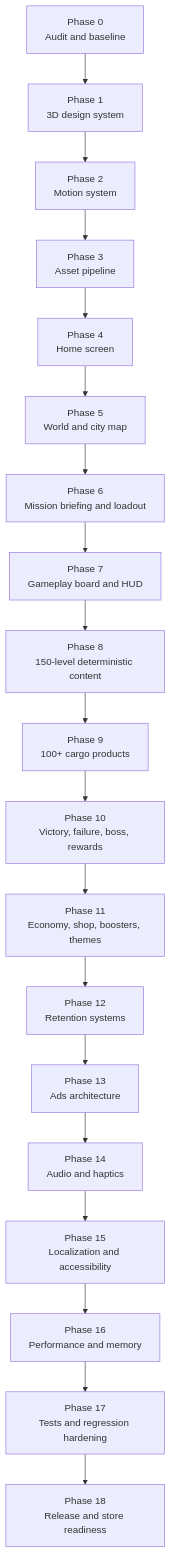
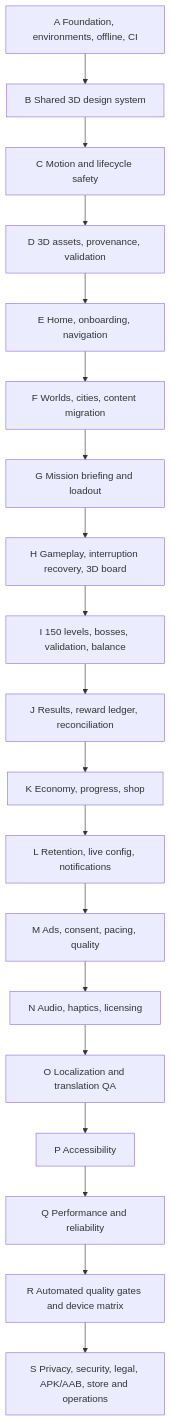
The diagram in docs/ROADMAP.md (walidatiyaai2025-gif/CARGame), drawn with Mermaid before and after one commit. The commit also changed other lines of this file, not shown here.

Commit message:
Extend roadmap for global release readiness

````diff
--- a/docs/ROADMAP.md
+++ b/docs/ROADMAP.md
@@ -9,21 +9,21 @@
 ```mermaid
 flowchart TD
-    A[Phase 0\nAudit and baseline] --> B[Phase 1\n3D design system]
-    B --> C[Phase 2\nMotion system]
-    C --> D[Phase 3\nAsset pipeline]
-    D --> E[Phase 4\nHome screen]
-    E --> F[Phase 5\nWorld and city map]
-    F --> G[Phase 6\nMission briefing and loadout]
-    G --> H[Phase 7\nGameplay board and HUD]
-    H --> I[Phase 8\n150-level deterministic content]
-    I --> J[Phase 9\n100+ cargo products]
-    J --> K[Phase 10\nVictory, failure, boss, rewards]
-    K --> L[Phase 11\nEconomy, shop, boosters, themes]
-    L --> M[Phase 12\nRetention systems]
-    M --> N[Phase 13\nAds architecture]
-    N --> O[Phase 14\nAudio and haptics]
-    O --> P[Phase 15\nLocalization and accessibility]
-    P --> Q[Phase 16\nPerformance and memory]
-    Q --> R[Phase 17\nTests and regression hardening]
-    R --> S[Phase 18\nRelease and store readiness]
+    A[A Foundation, environments, offline, CI] --> B[B Shared 3D design system]
+    B --> C[C Motion and lifecycle safety]
+    C --> D[D 3D assets, provenance, validation]
+    D --> E[E Home, onboarding, navigation]
+    E --> F[F Worlds, cities, content migration]
+    F --> G[G Mission briefing and loadout]
+    G --> H[H Gameplay, interruption recovery, 3D board]
+    H --> I[I 150 levels, bosses, validation, balance]
+    I --> J[J Results, reward ledger, reconciliation]
+    J --> K[K Economy, progress, shop]
+    K --> L[L Retention, live config, notifications]
+    L --> M[M Ads, consent, pacing, quality]
+    M --> N[N Audio, haptics, licensing]
+    N --> O[O Localization and translation QA]
+    O --> P[P Accessibility]
+    P --> Q[Q Performance and reliability]
+    Q --> R[R Automated quality gates and device matrix]
+    R --> S[S Privacy, security, legal, APK/AAB, store and operations]
 ```
````
